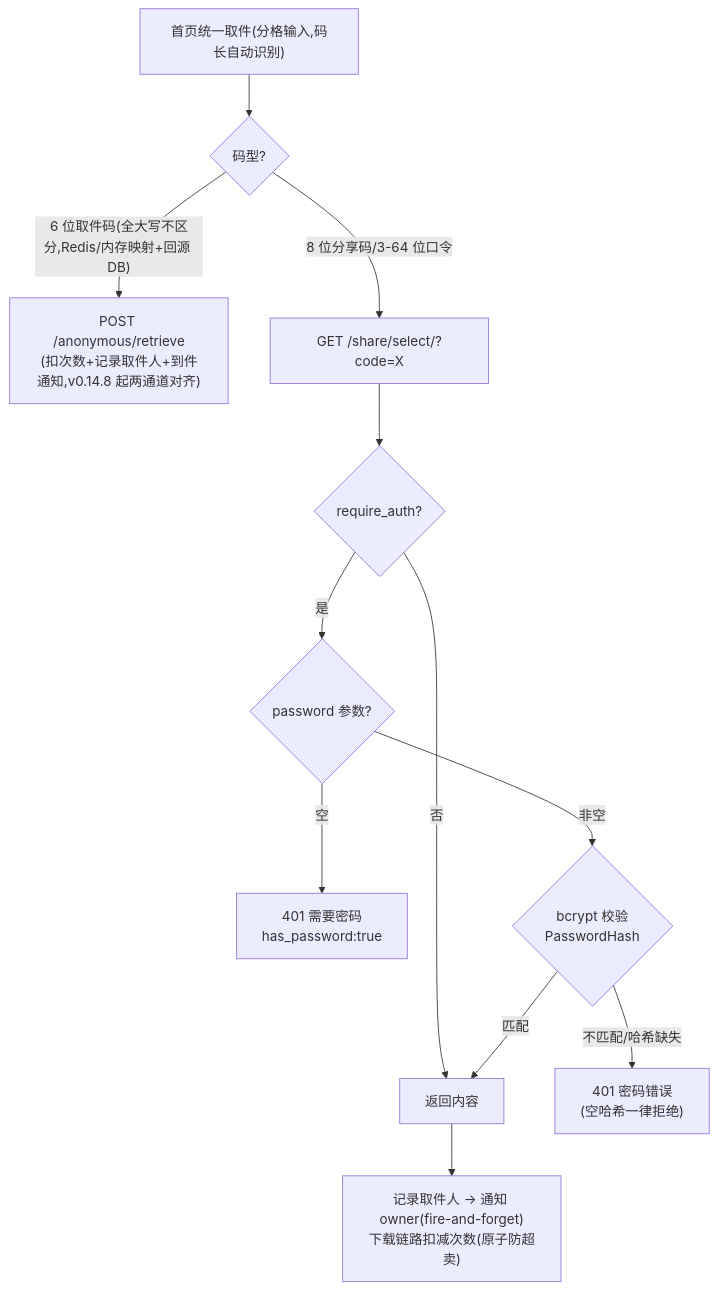
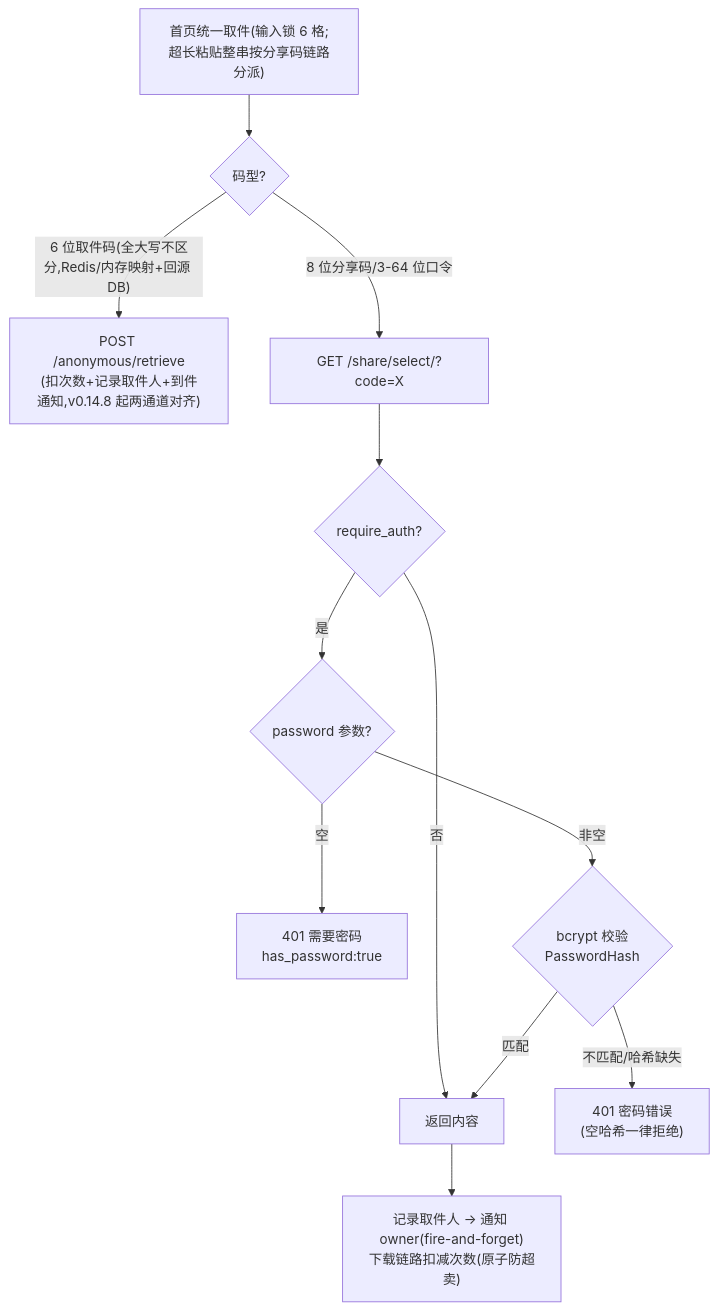
Before and after one commit to pigeonbox/pigeonbox: the sixth of 10 diagrams in docs/architecture.md, drawn with Mermaid. The commit also changed other lines of this file and 12 other files, not shown here.

````diff
--- a/docs/architecture.md
+++ b/docs/architecture.md
@@ -229,14 +238,14 @@
 ```mermaid
 flowchart TD
-    U["首页统一取件(分格输入,码长自动识别)"] --> U2{"码型?"}
+    U["首页统一取件(输入锁 6 格;<br/>超长粘贴整串按分享码链路分派)"] --> U2{"码型?"}
     U2 -->|"6 位取件码(全大写不区分,Redis/内存映射+回源 DB)"| U3["POST /anonymous/retrieve<br/>(扣次数+记录取件人+到件通知,v0.14.8 起两通道对齐)"]
     U2 -->|"8 位分享码/3-64 位口令"| A["GET /share/select/?code=X"]
     A --> B{require_auth?}
     B -->|否| Z[返回内容]
     B -->|是| C{password 参数?}
     C -->|空| D["401 需要密码<br/>has_password:true"]
     C -->|非空| E{bcrypt 校验<br/>PasswordHash}
     E -->|不匹配/哈希缺失| F["401 密码错误<br/>(空哈希一律拒绝)"]
     E -->|匹配| Z
     Z --> Y["记录取件人 → 通知 owner(fire-and-forget)<br/>下载链路扣减次数(原子防超卖)"]
 ```
````
